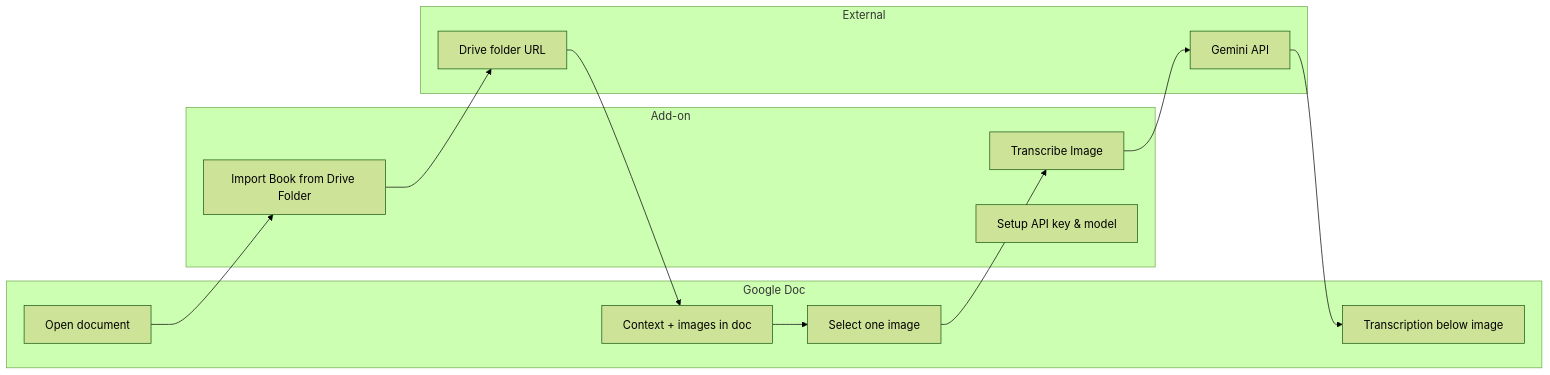
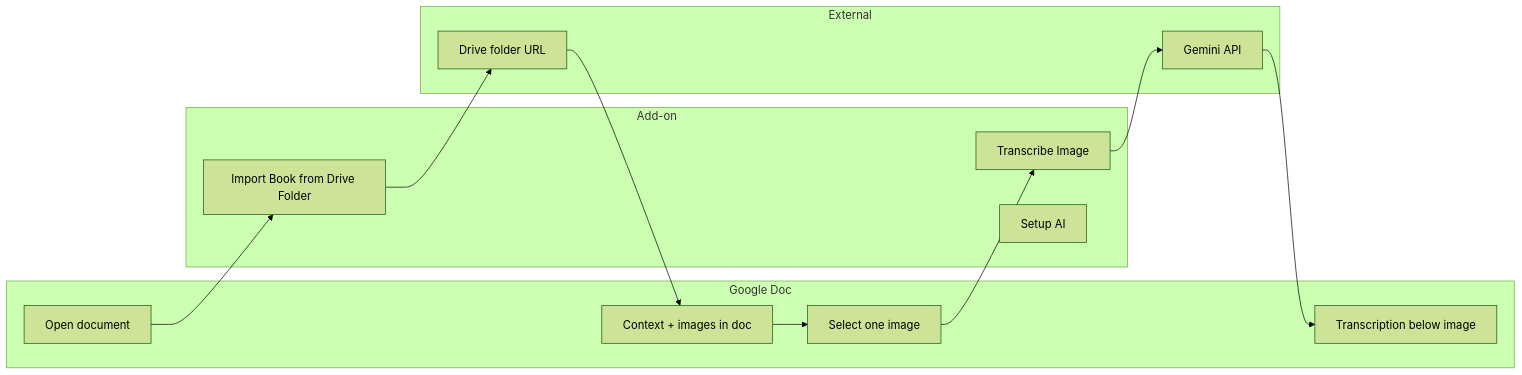
One commit to dekochka/geneascript-gdoc-addon changed the diagram in README.md. Above: the diagram before and after it, drawn with Mermaid (forest theme). The commit also changed other lines of this file and 4 other files, not shown here.

````diff
--- a/README.md
+++ b/README.md
@@ -19,25 +19,25 @@
 ```mermaid
 flowchart LR
   subgraph doc [Google Doc]
     OpenDoc[Open document]
     ContextImages[Context + images in doc]
     SelectImage[Select one image]
     Transcription[Transcription below image]
   end
   subgraph addon [Add-on]
     ImportMenu["Import Book from Drive Folder"]
     TranscribeMenu["Transcribe Image"]
-    SetupMenu["Setup API key & model"]
+    SetupMenu["Setup AI"]
   end
   subgraph external [External]
     DriveFolder[Drive folder URL]
     Gemini[Gemini API]
   end
   OpenDoc --> ImportMenu
   ImportMenu --> DriveFolder
   DriveFolder --> ContextImages
   ContextImages --> SelectImage
   SelectImage --> TranscribeMenu
   TranscribeMenu --> Gemini
   Gemini --> Transcription
 ```
````
